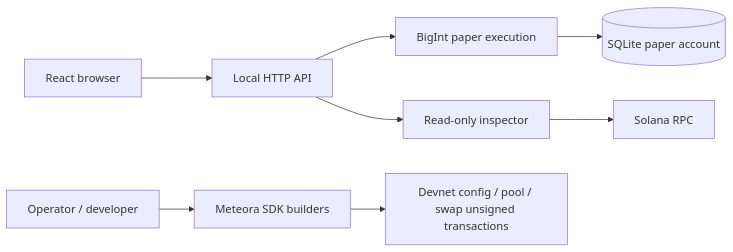
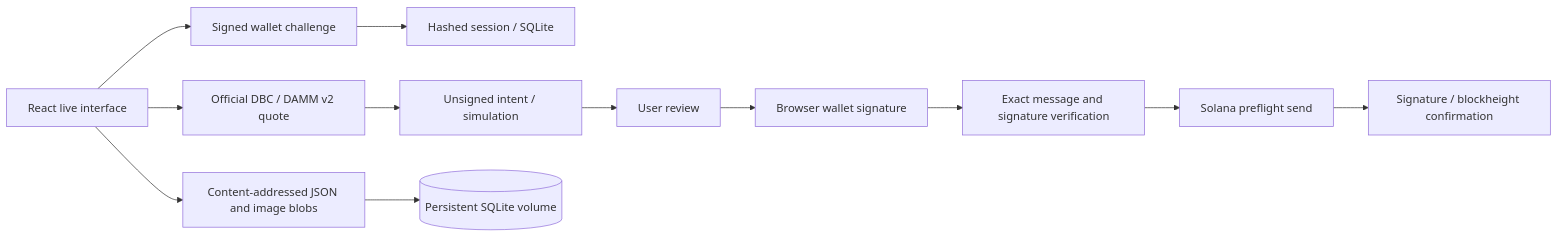
The diagram in docs/ARCHITECTURE.md (jaycarson373-tech/Forge), drawn with Mermaid before and after one commit. The commit also changed other lines of this file and 31 other files, not shown here.

Commit message:
Add wallet-signed live launchpad, mainnet transaction paths and deployment package

````diff
--- a/docs/ARCHITECTURE.md
+++ b/docs/ARCHITECTURE.md
@@ -3,10 +3,14 @@
 ```mermaid
 flowchart LR
-  UI[React browser] --> API[Local HTTP API]
-  API --> PAPER[BigInt paper execution]
-  PAPER --> DB[(SQLite paper account)]
-  API --> READ[Read-only inspector]
-  READ --> RPC[Solana RPC]
-  OP[Operator / developer] --> SDK[Meteora SDK builders]
-  SDK --> DEV[Devnet config / pool / swap unsigned transactions]
+  UI[React live interface] --> AUTH[Signed wallet challenge]
+  AUTH --> SESSION[Hashed session / SQLite]
+  UI --> QUOTE[Official DBC / DAMM v2 quote]
+  QUOTE --> BUILD[Unsigned intent / simulation]
+  BUILD --> REVIEW[User review]
+  REVIEW --> SIGN[Browser wallet signature]
+  SIGN --> MATCH[Exact message and signature verification]
+  MATCH --> SEND[Solana preflight send]
+  SEND --> CONFIRM[Signature / blockheight confirmation]
+  UI --> METADATA[Content-addressed JSON and image blobs]
+  METADATA --> DISK[(Persistent SQLite volume)]
 ```
````
